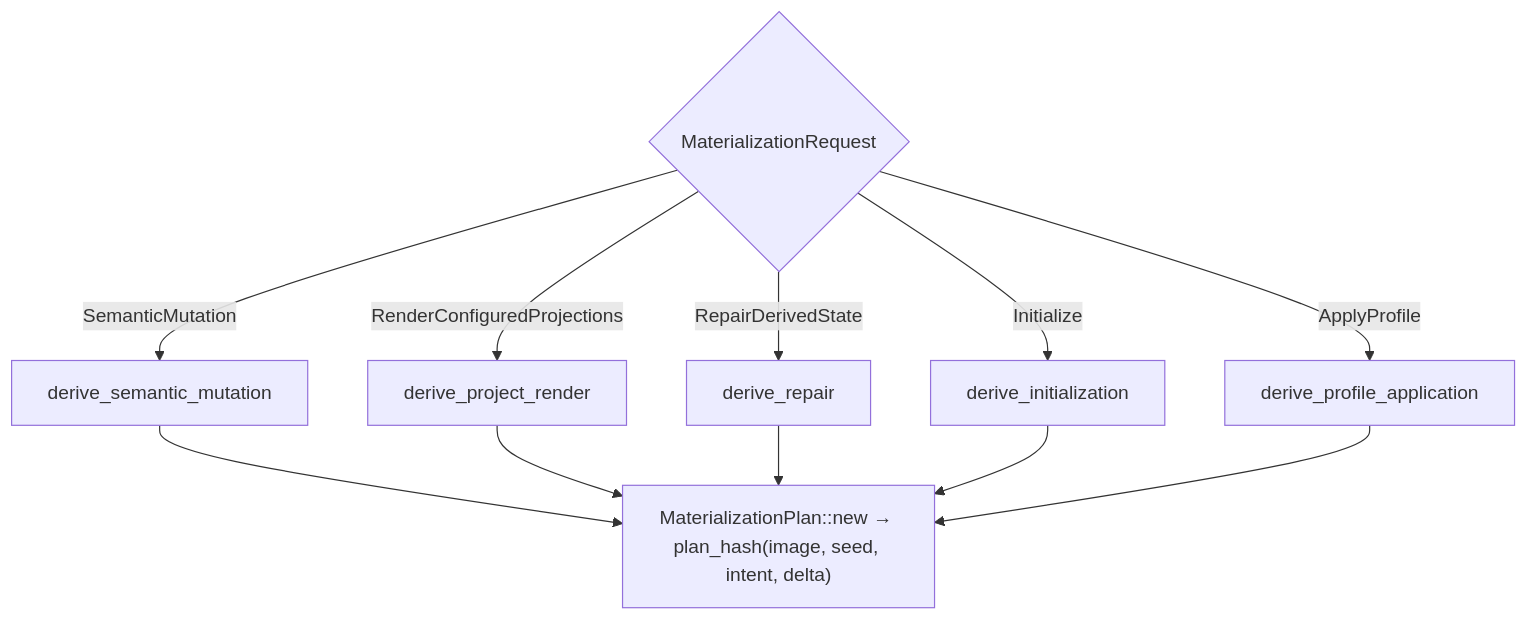
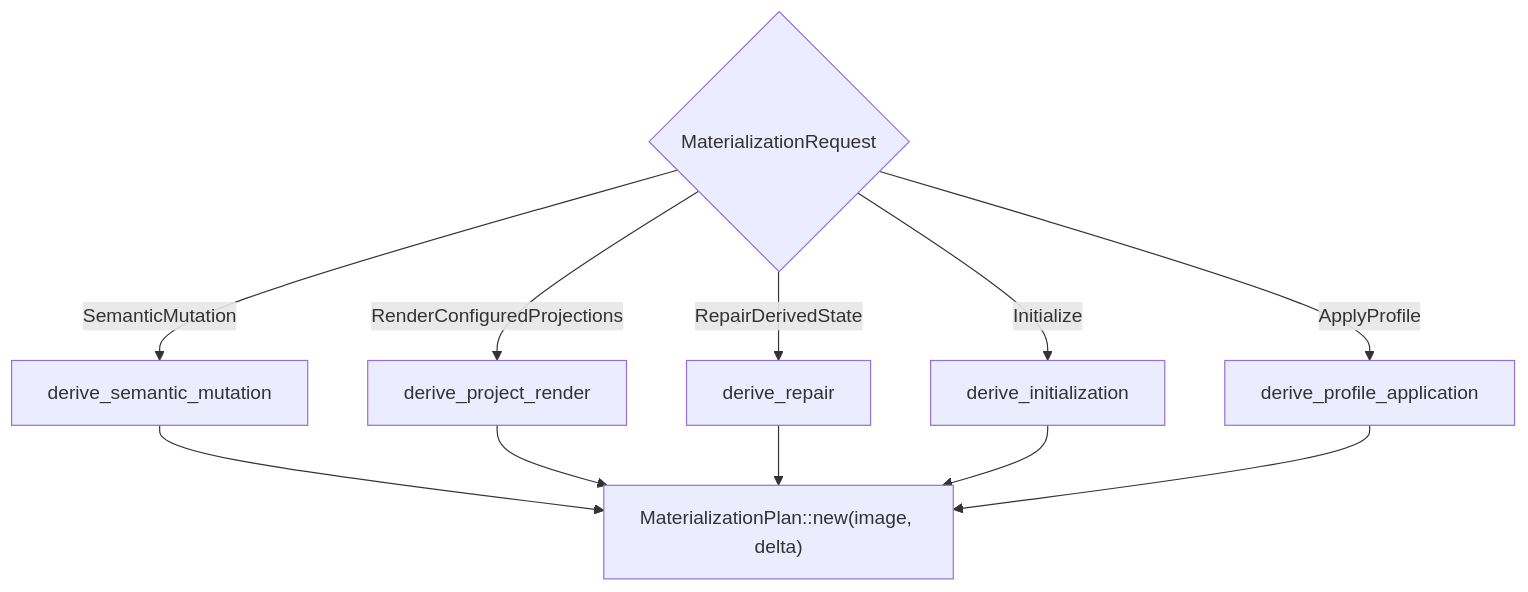
Before and after one commit to erankavija/just-in-time: the third of 4 diagrams in dev/architecture/repository-state-materialization.md, drawn with Mermaid. The commit also changed other lines of this file and 11 other files, not shown here.

Commit message:
chore(jit:ec72359b): retire the plan hash, its seed and intent inputs, and the outcome field

````diff
--- a/dev/architecture/repository-state-materialization.md
+++ b/dev/architecture/repository-state-materialization.md
@@ -153,15 +151,15 @@
 ```mermaid
 flowchart TD
     REQ{MaterializationRequest}
     REQ -->|SemanticMutation| SM[derive_semantic_mutation]
     REQ -->|RenderConfiguredProjections| PR[derive_project_render]
     REQ -->|RepairDerivedState| RP[derive_repair]
     REQ -->|Initialize| IN[derive_initialization]
     REQ -->|ApplyProfile| AP[derive_profile_application]
     SM --> TAIL
     PR --> TAIL
     RP --> TAIL
     IN --> TAIL
     AP --> TAIL
-    TAIL["MaterializationPlan::new &rarr; plan_hash(image, seed, intent, delta)"]
+    TAIL["MaterializationPlan::new(image, delta)"]
 ```
````
